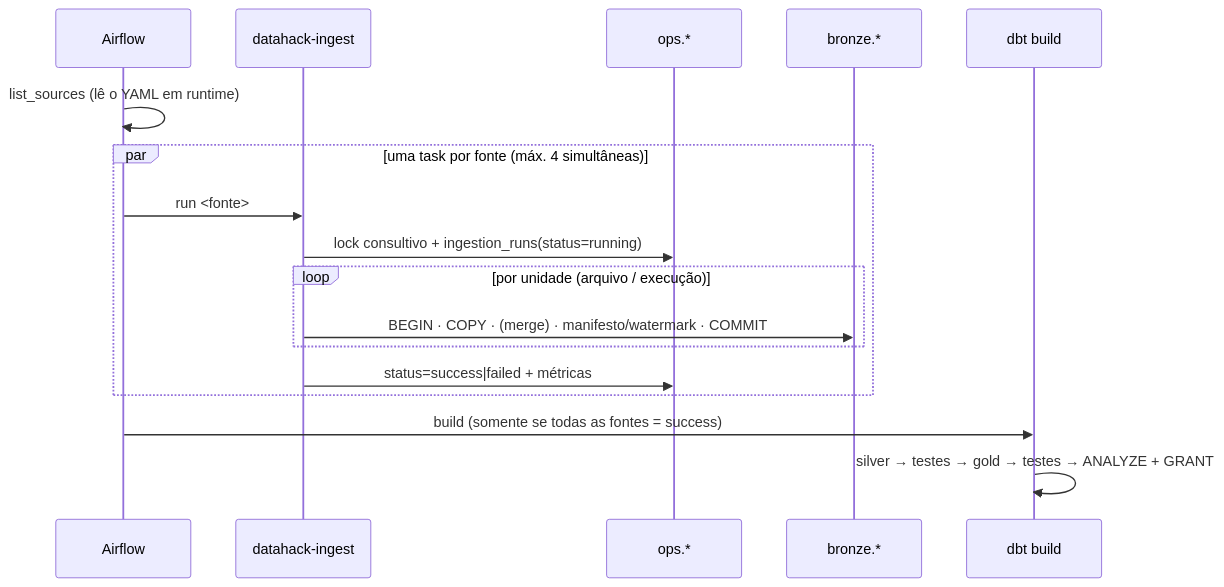
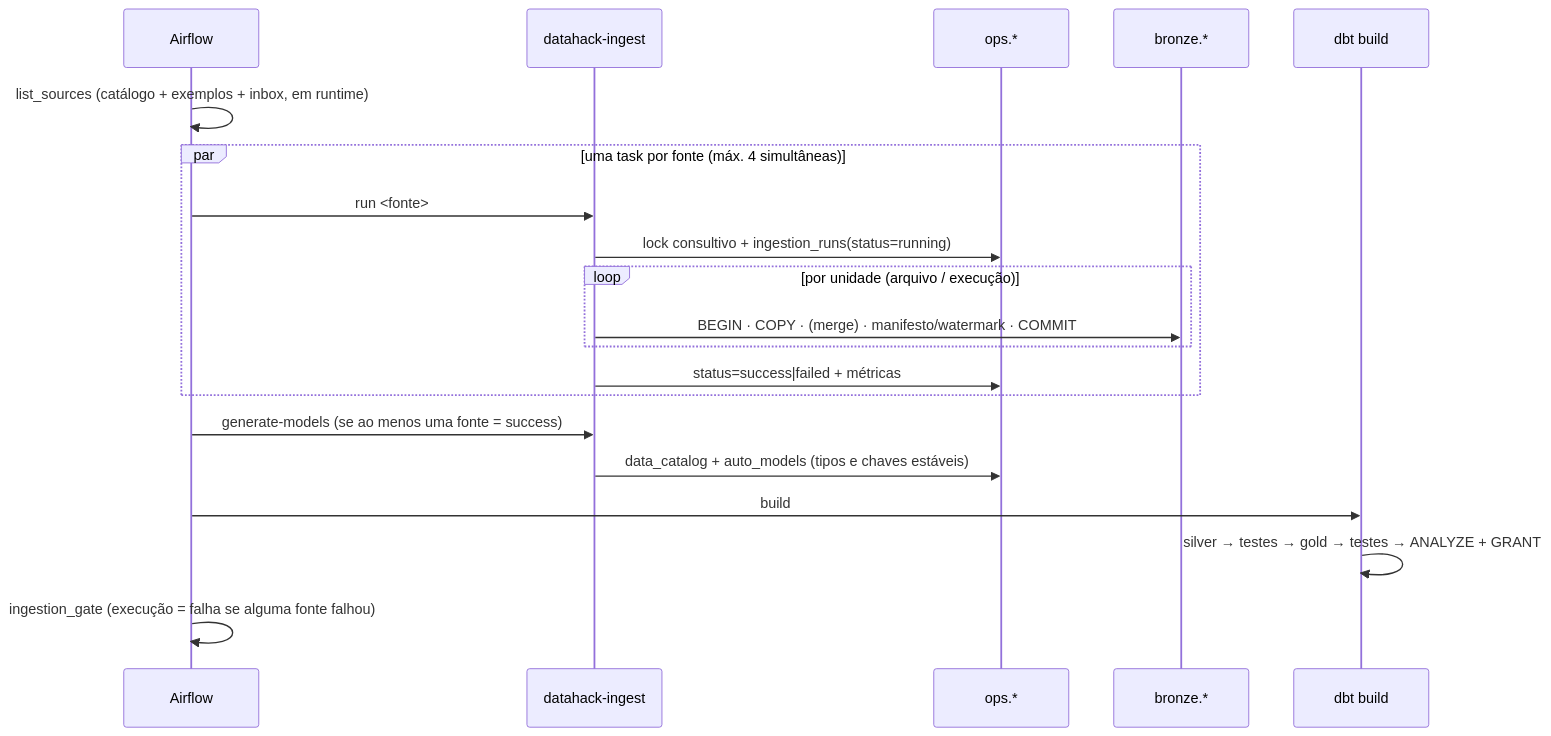
Before and after one commit to FellypeLimadaSilva/datahack: the first of 2 diagrams in docs/ARCHITECTURE.md, drawn with Mermaid. The commit also changed other lines of this file and 68 other files, not shown here.

````diff
--- a/docs/ARCHITECTURE.md
+++ b/docs/ARCHITECTURE.md
@@ -25,19 +27,22 @@
 ```mermaid
 sequenceDiagram
     participant AF as Airflow
     participant IN as datahack-ingest
     participant OPS as ops.*
     participant BR as bronze.*
     participant DBT as dbt build
-    AF->>AF: list_sources (lê o YAML em runtime)
+    AF->>AF: list_sources (catálogo + exemplos + inbox, em runtime)
     par uma task por fonte (máx. 4 simultâneas)
         AF->>IN: run <fonte>
         IN->>OPS: lock consultivo + ingestion_runs(status=running)
         loop por unidade (arquivo / execução)
             IN->>BR: BEGIN · COPY · (merge) · manifesto/watermark · COMMIT
         end
         IN->>OPS: status=success|failed + métricas
     end
-    AF->>DBT: build (somente se todas as fontes = success)
+    AF->>IN: generate-models (se ao menos uma fonte = success)
+    IN->>OPS: data_catalog + auto_models (tipos e chaves estáveis)
+    AF->>DBT: build
     DBT->>DBT: silver → testes → gold → testes → ANALYZE + GRANT
+    AF->>AF: ingestion_gate (execução = falha se alguma fonte falhou)
 ```
````
